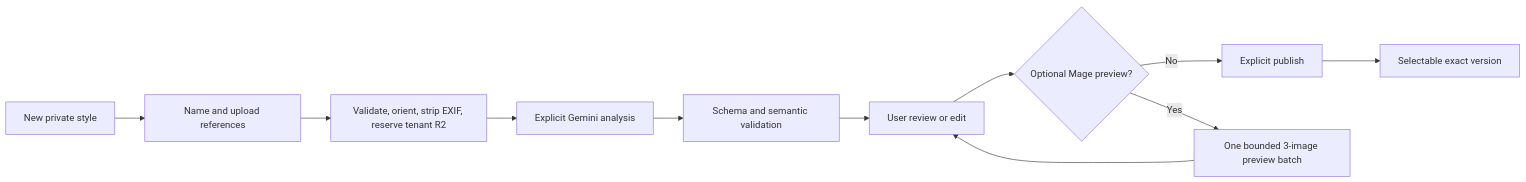
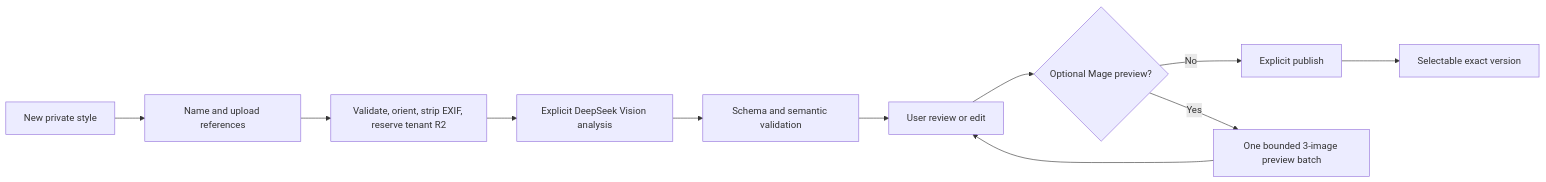
Before and after one commit to Pala-LakshmanSai/videoforge: the diagram in project-context/18_IMAGE_STYLES_HUB.md, drawn with Mermaid. The commit also changed other lines of this file and 23 other files, not shown here.

Commit message:
feat(hosted): analyze image styles with DeepSeek

````diff
--- a/project-context/18_IMAGE_STYLES_HUB.md
+++ b/project-context/18_IMAGE_STYLES_HUB.md
@@ -71,13 +71,13 @@
 ```mermaid
 flowchart LR
     A["New private style"] --> B["Name and upload references"]
     B --> C["Validate, orient, strip EXIF, reserve tenant R2"]
-    C --> D["Explicit Gemini analysis"]
+    C --> D["Explicit DeepSeek Vision analysis"]
     D --> E["Schema and semantic validation"]
     E --> F["User review or edit"]
     F --> G{"Optional Mage preview?"}
     G -- "No" --> H["Explicit publish"]
     G -- "Yes" --> I["One bounded 3-image preview batch"]
     I --> F
     H --> J["Selectable exact version"]
 ```
````
